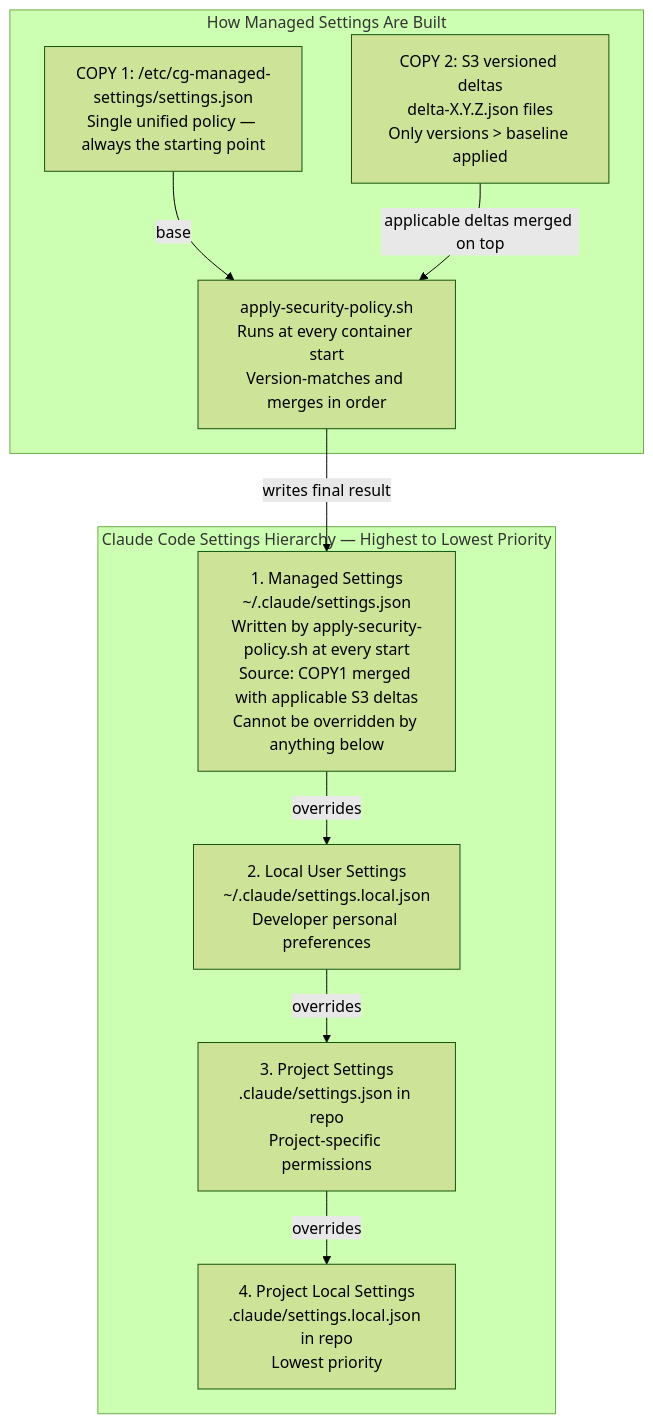
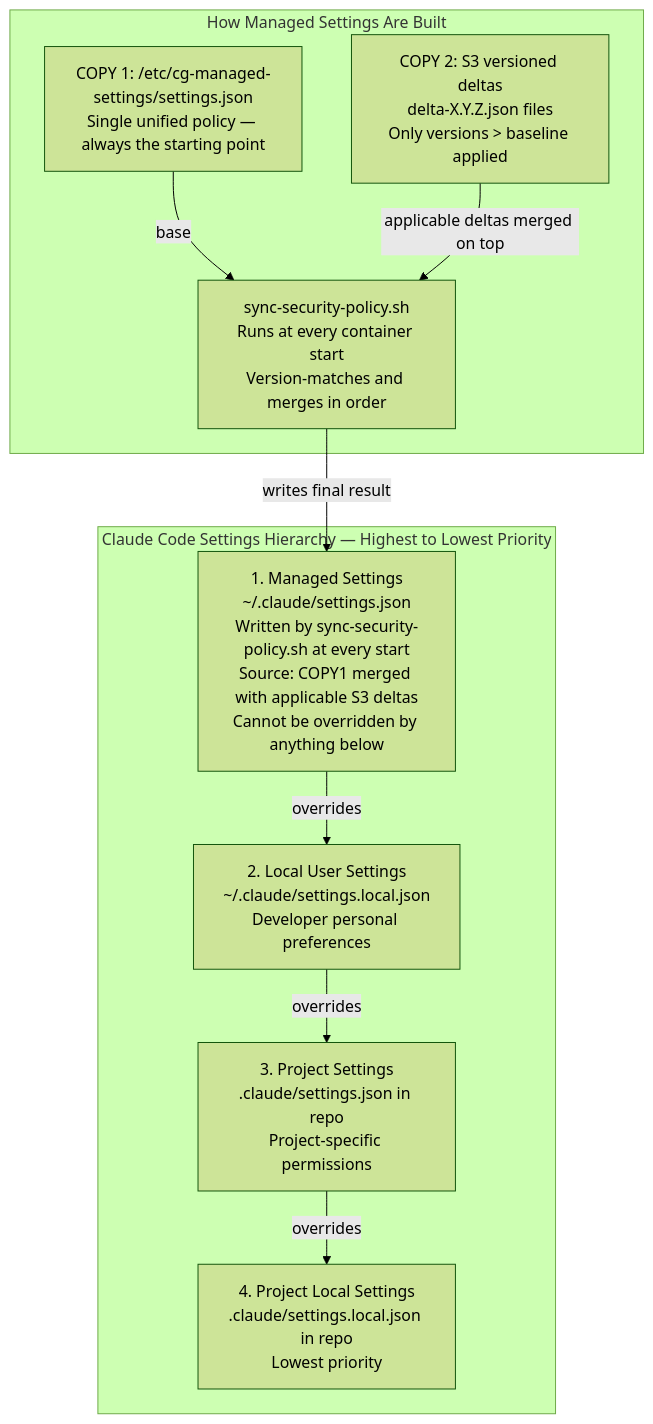
The fourth of 7 diagrams in ARCHITECTURE.md (ashrujitpal1/devcontainer-feature-cg), drawn with Mermaid (forest theme) before and after one commit. The commit also changed other lines of this file and 9 other files, not shown here.

Commit message:
rename: apply-security-policy.sh -> sync-security-policy.sh for clarity

````diff
--- a/ARCHITECTURE.md
+++ b/ARCHITECTURE.md
@@ -275,23 +275,23 @@
 ```mermaid
 graph TB
     subgraph HIERARCHY["Claude Code Settings Hierarchy — Highest to Lowest Priority"]
-        M["1. Managed Settings\n~/.claude/settings.json\nWritten by apply-security-policy.sh at every start\nSource: COPY1 merged with applicable S3 deltas\nCannot be overridden by anything below"]
+        M["1. Managed Settings\n~/.claude/settings.json\nWritten by sync-security-policy.sh at every start\nSource: COPY1 merged with applicable S3 deltas\nCannot be overridden by anything below"]
         L["2. Local User Settings\n~/.claude/settings.local.json\nDeveloper personal preferences"]
         P["3. Project Settings\n.claude/settings.json in repo\nProject-specific permissions"]
         PL["4. Project Local Settings\n.claude/settings.local.json in repo\nLowest priority"]
     end
 
     M -->|"overrides"| L
     L -->|"overrides"| P
     P -->|"overrides"| PL
 
     subgraph DELIVERY["How Managed Settings Are Built"]
         C1["COPY 1: /etc/cg-managed-settings/settings.json\nSingle unified policy — always the starting point"]
         C2["COPY 2: S3 versioned deltas\ndelta-X.Y.Z.json files\nOnly versions > baseline applied"]
-        SCRIPT["apply-security-policy.sh\nRuns at every container start\nVersion-matches and merges in order"]
+        SCRIPT["sync-security-policy.sh\nRuns at every container start\nVersion-matches and merges in order"]
     end
 
     C1 -->|"base"| SCRIPT
     C2 -->|"applicable deltas merged on top"| SCRIPT
     SCRIPT -->|"writes final result"| M
 ```
````
